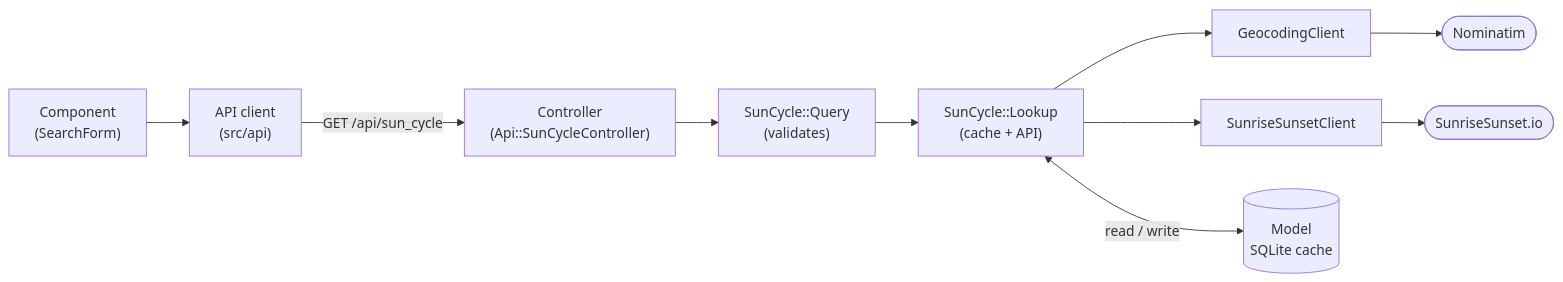
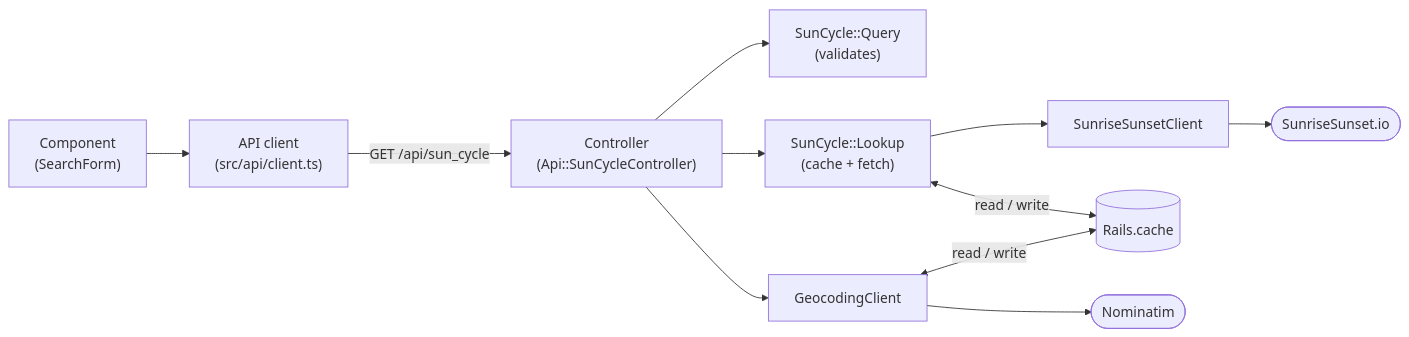
Before and after one commit to GearXnico/sunsapp: the diagram in docs/architecture.md, drawn with Mermaid. The commit also changed other lines of this file and 15 other files, not shown here.

````diff
--- a/docs/architecture.md
+++ b/docs/architecture.md
@@ -21,12 +21,13 @@
 ```mermaid
 flowchart LR
-  UI["Component<br/>(SearchForm)"] --> Client["API client<br/>(src/api)"]
+  UI["Component<br/>(SearchForm)"] --> Client["API client<br/>(src/api/client.ts)"]
   Client -->|"GET /api/sun_cycle"| Ctrl["Controller<br/>(Api::SunCycleController)"]
   Ctrl --> Query["SunCycle::Query<br/>(validates)"]
-  Query --> Lookup["SunCycle::Lookup<br/>(cache + API)"]
-  Lookup --> Geo["GeocodingClient"]
+  Ctrl --> Geo["GeocodingClient"]
+  Ctrl --> Lookup["SunCycle::Lookup<br/>(cache + fetch)"]
   Lookup --> Sun["SunriseSunsetClient"]
-  Lookup <-->|"read / write"| Model[("Model<br/>SQLite cache")]
+  Geo <-->|"read / write"| Cache[("Rails.cache")]
+  Lookup <-->|"read / write"| Cache
   Geo --> Nominatim(["Nominatim"])
   Sun --> SunAPI(["SunriseSunset.io"])
 ```
````
